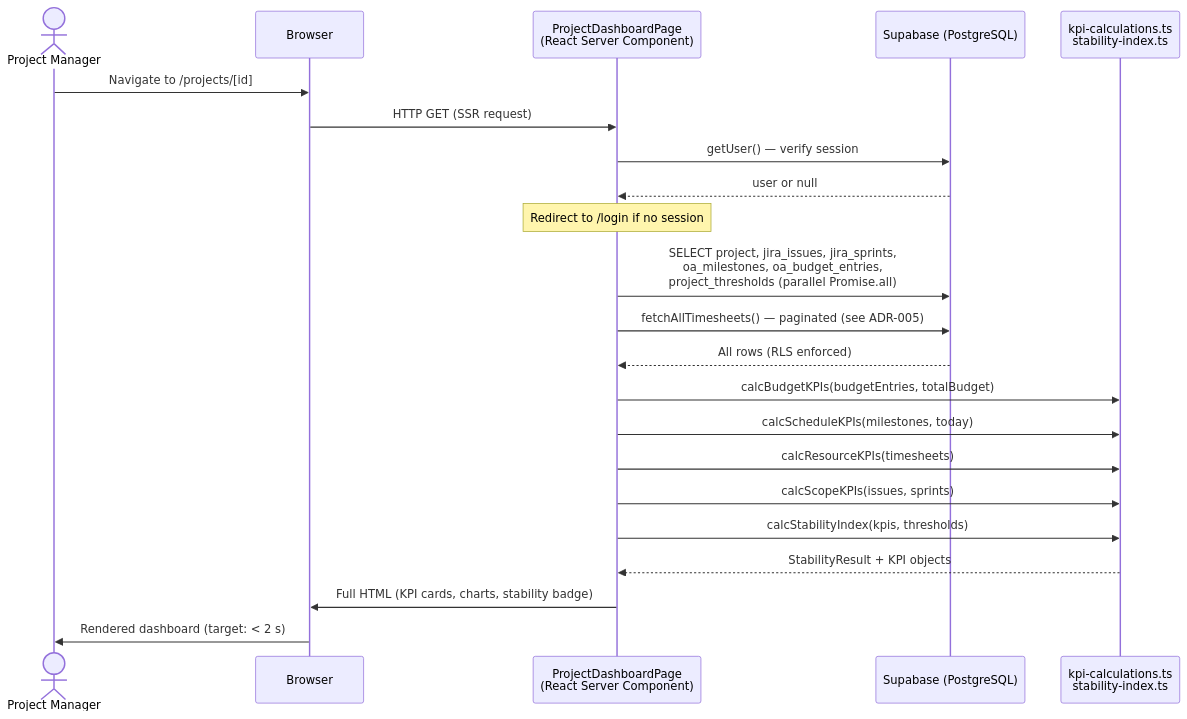
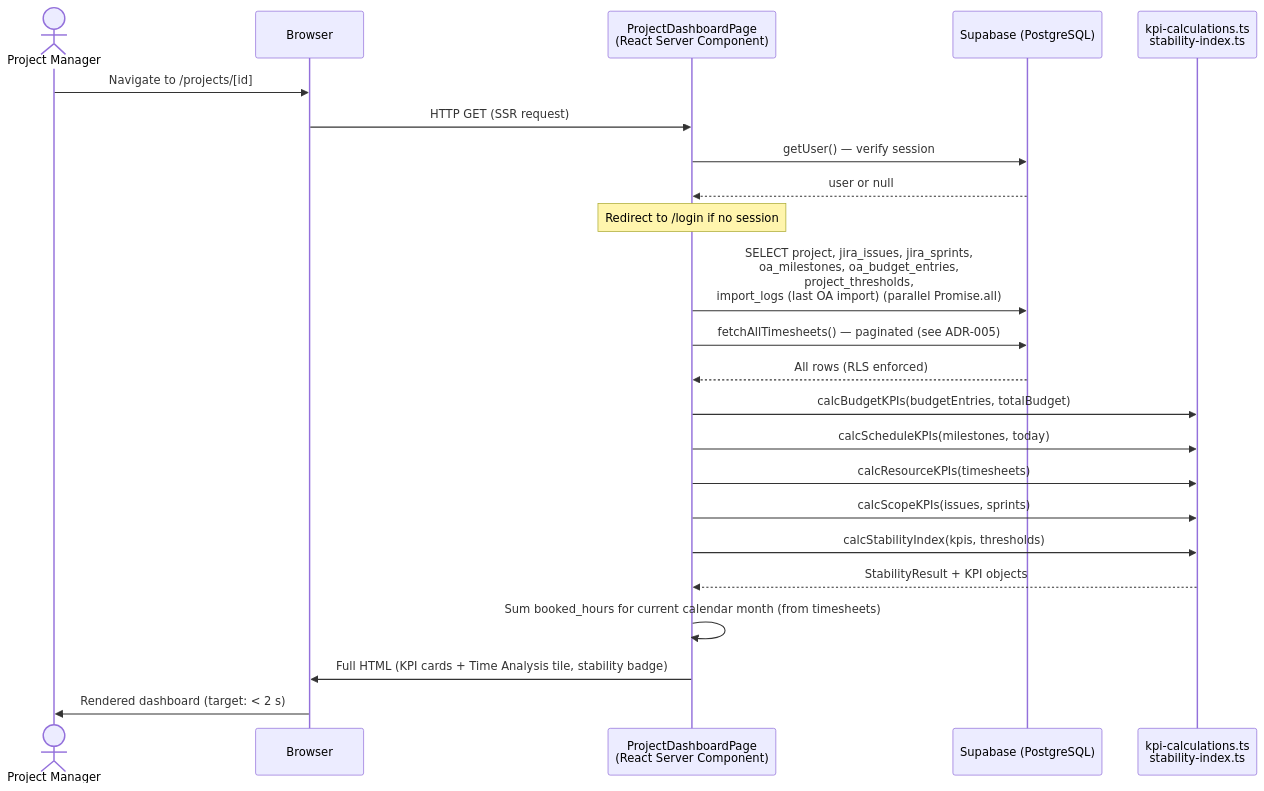
The second of 4 diagrams in docs/arc42/06_runtime.md (matthias1309/project_buddy), drawn with Mermaid before and after one commit. The commit also changed other lines of this file and 4 other files, not shown here.

First line of the commit message:
fix: remove time row from project-card; update arc42 ch.5+6 for FEAT-008 tile changes

````diff
--- a/docs/arc42/06_runtime.md
+++ b/docs/arc42/06_runtime.md
@@ -45,25 +45,26 @@
 ```mermaid
 sequenceDiagram
     actor PM as Project Manager
     participant Browser
     participant RSC as ProjectDashboardPage<br/>(React Server Component)
     participant DB as Supabase (PostgreSQL)
     participant Calc as kpi-calculations.ts<br/>stability-index.ts
 
     PM->>Browser: Navigate to /projects/[id]
     Browser->>RSC: HTTP GET (SSR request)
     RSC->>DB: getUser() — verify session
     DB-->>RSC: user or null
     Note over RSC: Redirect to /login if no session
-    RSC->>DB: SELECT project, jira_issues, jira_sprints,<br/>oa_milestones, oa_budget_entries,<br/>project_thresholds (parallel Promise.all)
+    RSC->>DB: SELECT project, jira_issues, jira_sprints,<br/>oa_milestones, oa_budget_entries,<br/>project_thresholds,<br/>import_logs (last OA import) (parallel Promise.all)
     RSC->>DB: fetchAllTimesheets() — paginated (see ADR-005)
     DB-->>RSC: All rows (RLS enforced)
     RSC->>Calc: calcBudgetKPIs(budgetEntries, totalBudget)
     RSC->>Calc: calcScheduleKPIs(milestones, today)
     RSC->>Calc: calcResourceKPIs(timesheets)
     RSC->>Calc: calcScopeKPIs(issues, sprints)
     RSC->>Calc: calcStabilityIndex(kpis, thresholds)
     Calc-->>RSC: StabilityResult + KPI objects
-    RSC->>Browser: Full HTML (KPI cards, charts, stability badge)
+    RSC->>RSC: Sum booked_hours for current calendar month (from timesheets)
+    RSC->>Browser: Full HTML (KPI cards + Time Analysis tile, stability badge)
     Browser->>PM: Rendered dashboard (target: < 2 s)
 ```
````
